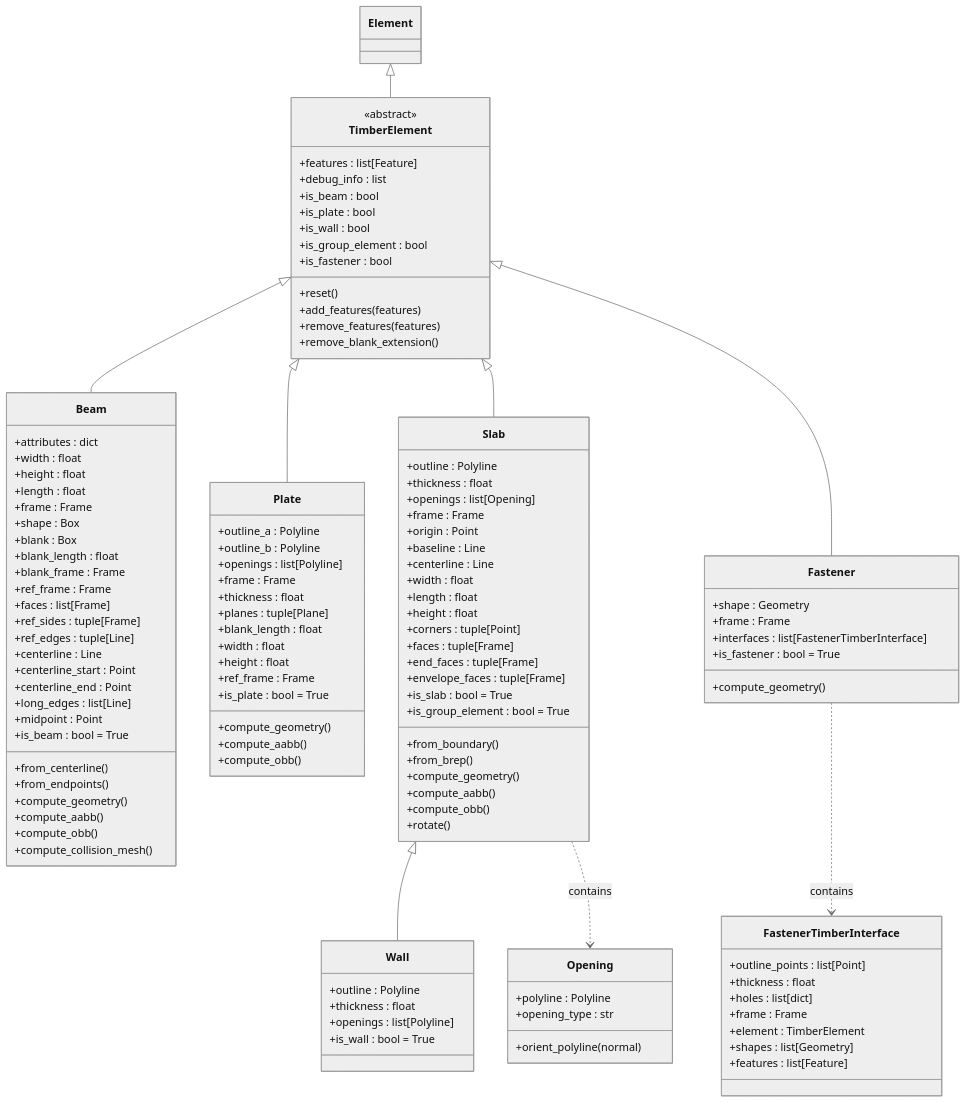
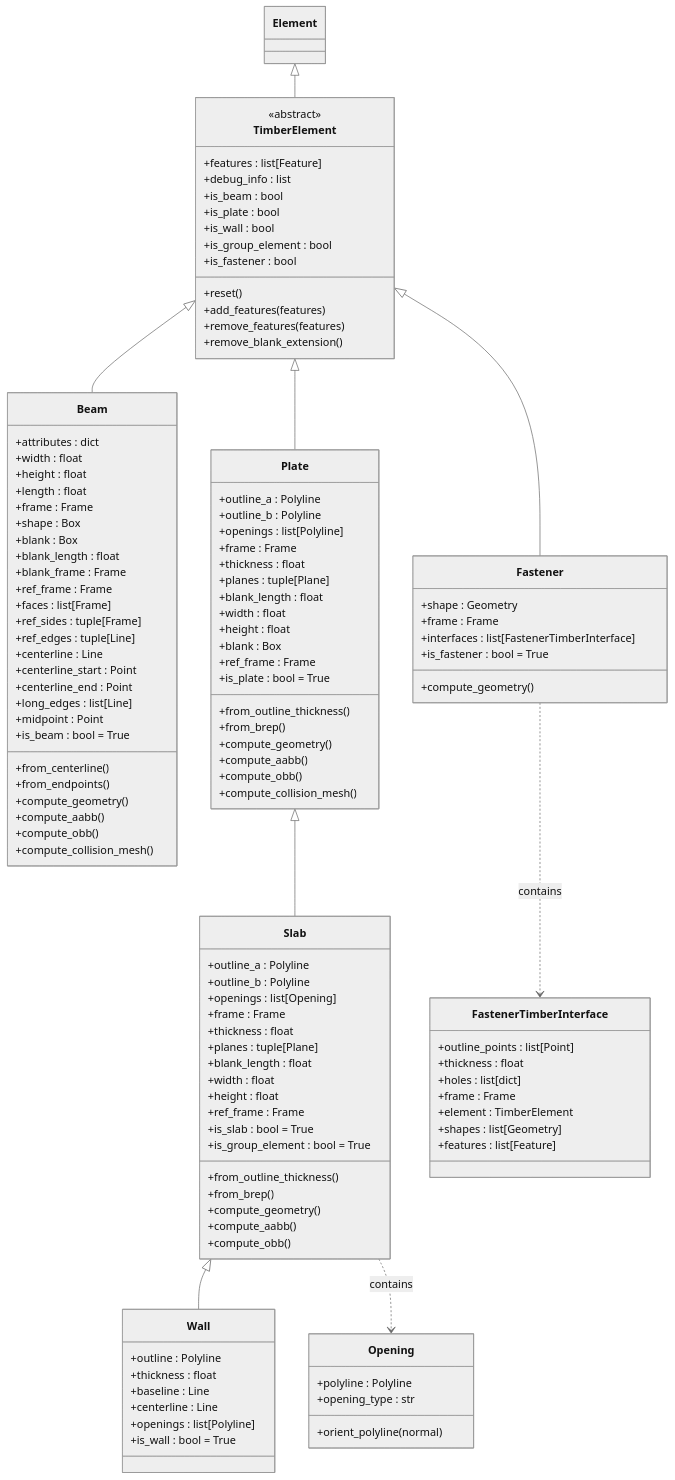
Before and after one commit to gramaziokohler/compas_timber: the first of 4 diagrams in docs/contribution/class_diagrams.rst, drawn with Mermaid (neutral theme).

Commit message:
propose changes

```diff
--- a/docs/contribution/class_diagrams.rst
+++ b/docs/contribution/class_diagrams.rst
@@ -70,41 +70,42 @@
          +blank_length : float
          +width : float
          +height : float
+         +blank : Box
          +ref_frame : Frame
          +is_plate : bool = True
+         +from_outline_thickness()
+         +from_brep()
+         +compute_geometry()
+         +compute_aabb()
+         +compute_obb()
+         +compute_collision_mesh()
+      }
+
+      class Slab {
+         +outline_a : Polyline
+         +outline_b : Polyline
+         +openings : list[Opening]
+         +frame : Frame
+         +thickness : float
+         +planes : tuple[Plane]
+         +blank_length : float
+         +width : float
+         +height : float
+         +ref_frame : Frame
+         +is_slab : bool = True
+         +is_group_element : bool = True
+         +from_outline_thickness()
+         +from_brep()
          +compute_geometry()
          +compute_aabb()
          +compute_obb()
       }
 
-      class Slab {
-         +outline : Polyline
-         +thickness : float
-         +openings : list[Opening]
-         +frame : Frame
-         +origin : Point
-         +baseline : Line
-         +centerline : Line
-         +width : float
-         +length : float
-         +height : float
-         +corners : tuple[Point]
-         +faces : tuple[Frame]
-         +end_faces : tuple[Frame]
-         +envelope_faces : tuple[Frame]
-         +is_slab : bool = True
-         +is_group_element : bool = True
-         +from_boundary()
-         +from_brep()
-         +compute_geometry()
-         +compute_aabb()
-         +compute_obb()
-         +rotate()
-      }
-
       class Wall {
          +outline : Polyline
          +thickness : float
+         +baseline : Line
+         +centerline : Line
          +openings : list[Polyline]
          +is_wall : bool = True
       }
@@ -137,8 +138,8 @@
       Element <|-- TimberElement
       TimberElement <|-- Beam
       TimberElement <|-- Plate
-      TimberElement <|-- Slab
       TimberElement <|-- Fastener
+      Plate <|-- Slab
       Slab <|-- Wall
 
       %% Composition relationships
```
